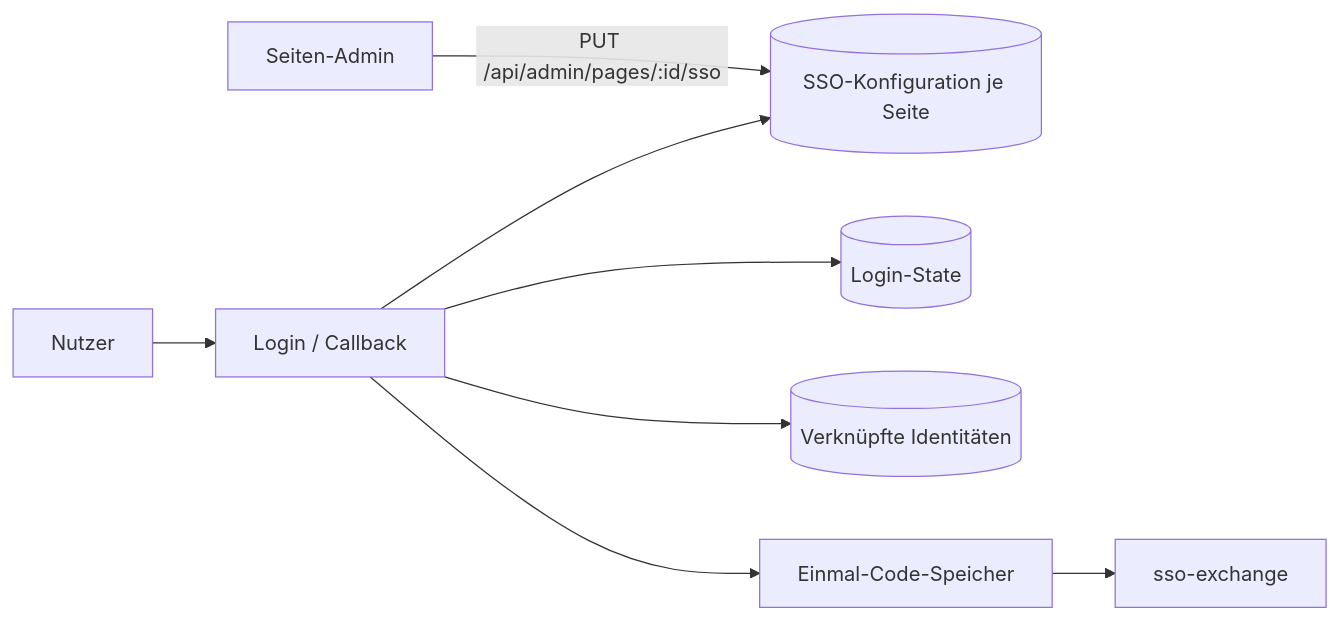
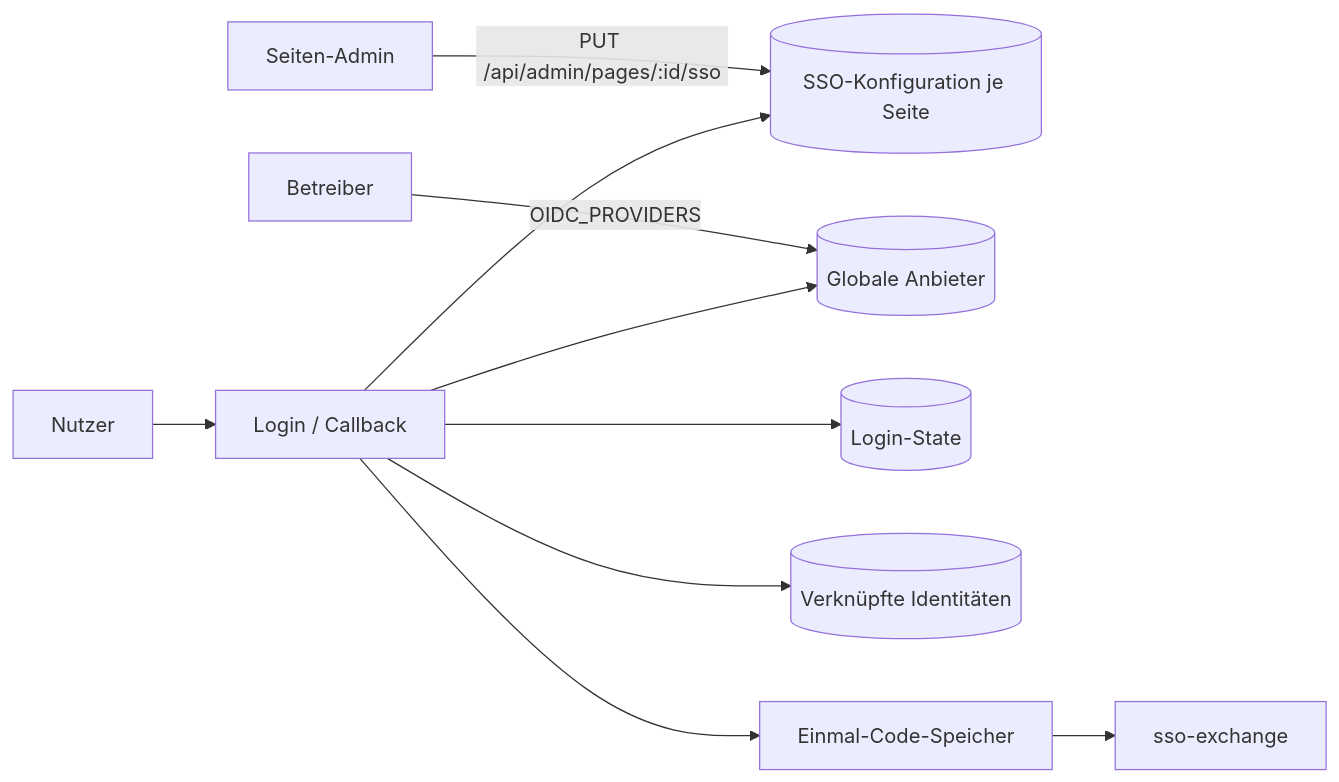
One commit to FrAigner/statushafen changed the fourth of 4 diagrams in docs/sso/architecture.md. Above: the diagram before and after it, drawn with Mermaid. The commit also changed other lines of this file and 26 other files, not shown here.

First line of the commit message:
Document global OIDC providers, the password switch and the upgrade

````diff
--- a/docs/sso/architecture.md
+++ b/docs/sso/architecture.md
@@ -58,10 +119,12 @@
 ```mermaid
 flowchart LR
     A[Seiten-Admin] -->|PUT /api/admin/pages/:id/sso| C[(SSO-Konfiguration je Seite)]
+    O[Betreiber] -->|OIDC_PROVIDERS| G[(Globale Anbieter)]
     U[Nutzer] --> L[Login / Callback]
+    L --> G
     L --> C
     L --> D[(Login-State)]
     L --> K[(Verknüpfte Identitäten)]
     L --> X[Einmal-Code-Speicher]
     X --> E[sso-exchange]
 ```
````
